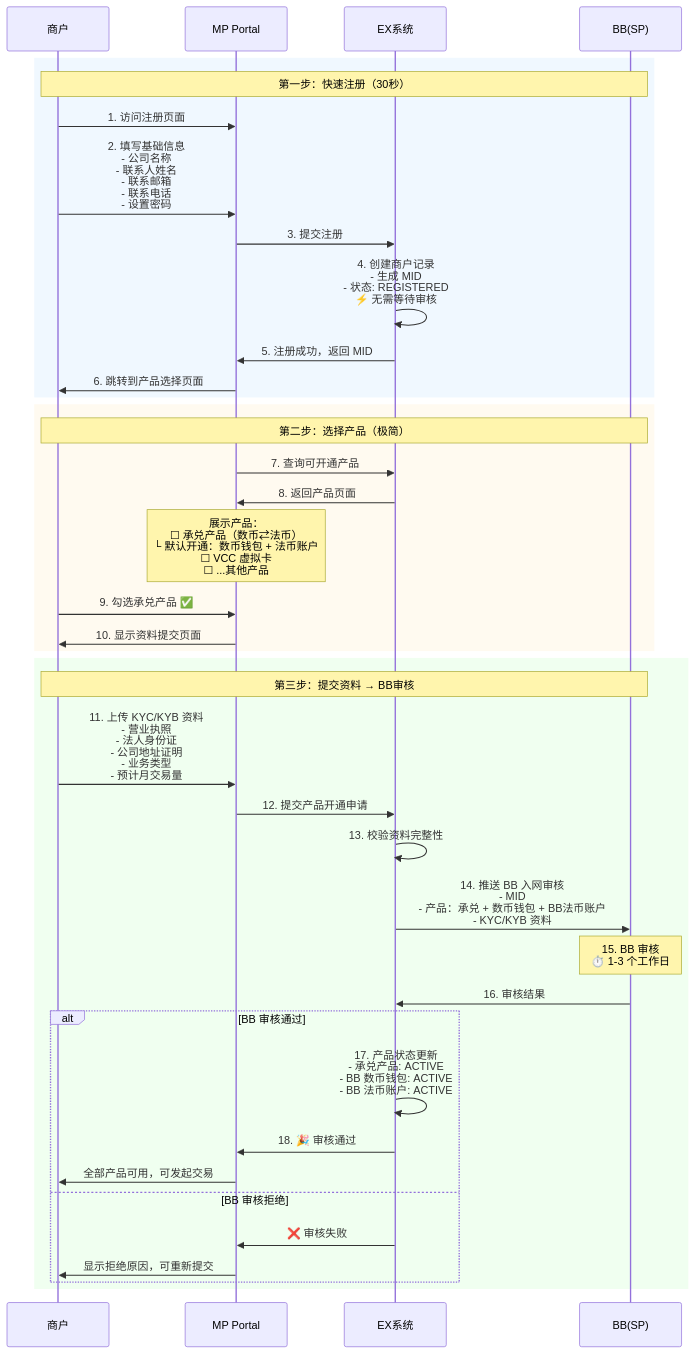
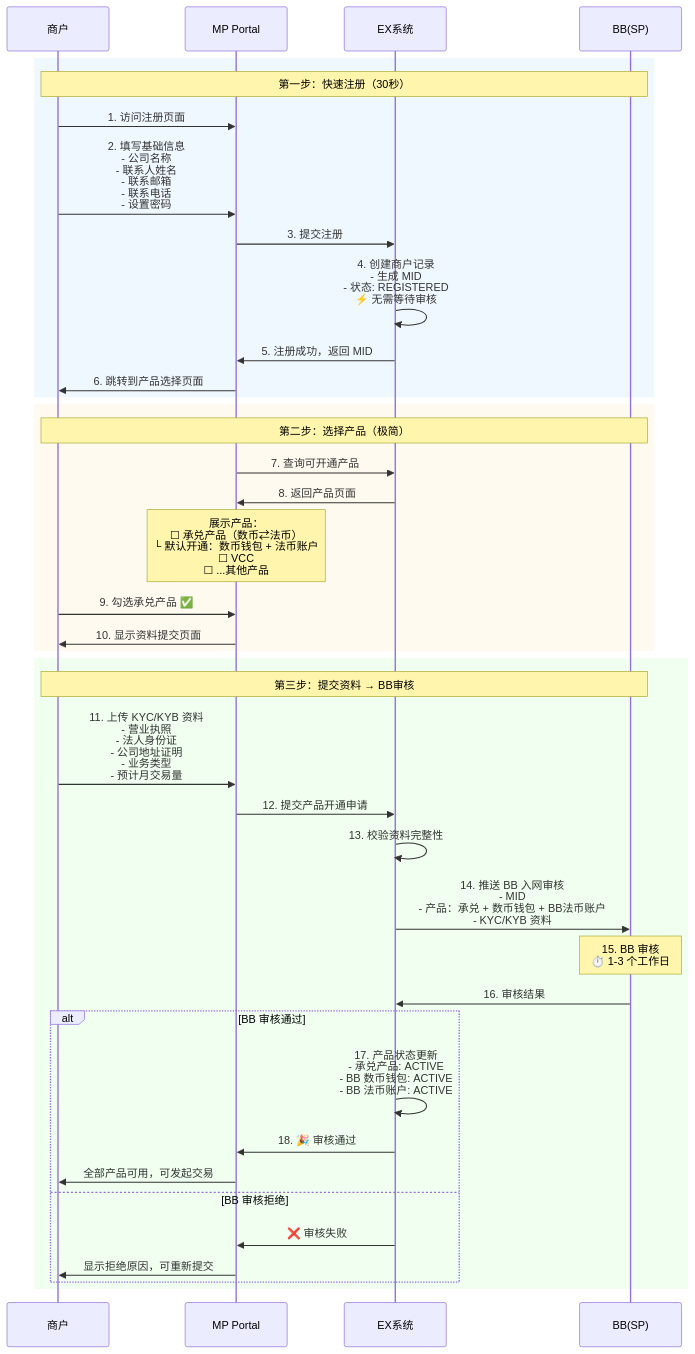
One commit to xiaoxiaoangie/EX-NEW changed the third of 9 diagrams in onofframp/prd/productionopening-v2.md. Above: the diagram before and after it, drawn with Mermaid. The commit also changed other lines of this file and 39 other files, not shown here.

````diff
--- a/onofframp/prd/productionopening-v2.md
+++ b/onofframp/prd/productionopening-v2.md
@@ -136,51 +136,51 @@
 ```mermaid
 sequenceDiagram
     participant MP as 商户
     participant Portal as MP Portal
     participant EX as EX系统
     participant BB as BB(SP)
 
     rect rgb(240, 248, 255)
         Note over MP,BB: 第一步：快速注册（30秒）
         MP->>Portal: 1. 访问注册页面
         MP->>Portal: 2. 填写基础信息<br/>- 公司名称<br/>- 联系人姓名<br/>- 联系邮箱<br/>- 联系电话<br/>- 设置密码
         Portal->>EX: 3. 提交注册
         EX->>EX: 4. 创建商户记录<br/>- 生成 MID<br/>- 状态: REGISTERED<br/>⚡ 无需等待审核
         EX->>Portal: 5. 注册成功，返回 MID
         Portal->>MP: 6. 跳转到产品选择页面
     end
 
     rect rgb(255, 250, 240)
         Note over MP,BB: 第二步：选择产品（极简）
         Portal->>EX: 7. 查询可开通产品
         EX->>Portal: 8. 返回产品页面
 
-        Note over Portal: 展示产品：<br/>☐ 承兑产品（数币⇄法币）<br/>   └ 默认开通：数币钱包 + 法币账户<br/>☐ VCC 虚拟卡<br/>☐ ...其他产品
+        Note over Portal: 展示产品：<br/>☐ 承兑产品（数币⇄法币）<br/>   └ 默认开通：数币钱包 + 法币账户<br/>☐ VCC<br/>☐ ...其他产品
 
         MP->>Portal: 9. 勾选承兑产品 ✅
         Portal->>MP: 10. 显示资料提交页面
     end
 
     rect rgb(240, 255, 240)
         Note over MP,BB: 第三步：提交资料 → BB审核
         MP->>Portal: 11. 上传 KYC/KYB 资料<br/>- 营业执照<br/>- 法人身份证<br/>- 公司地址证明<br/>- 业务类型<br/>- 预计月交易量
 
         Portal->>EX: 12. 提交产品开通申请
         EX->>EX: 13. 校验资料完整性
 
         EX->>BB: 14. 推送 BB 入网审核<br/>- MID<br/>- 产品：承兑 + 数币钱包 + BB法币账户<br/>- KYC/KYB 资料
 
         Note over BB: 15. BB 审核<br/>⏱️ 1-3 个工作日
 
         BB->>EX: 16. 审核结果
 
         alt BB 审核通过
             EX->>EX: 17. 产品状态更新<br/>- 承兑产品: ACTIVE<br/>- BB 数币钱包: ACTIVE<br/>- BB 法币账户: ACTIVE
             EX->>Portal: 18. 🎉 审核通过
             Portal->>MP: 全部产品可用，可发起交易
         else BB 审核拒绝
             EX->>Portal: ❌ 审核失败
             Portal->>MP: 显示拒绝原因，可重新提交
         end
     end
 ```
````
